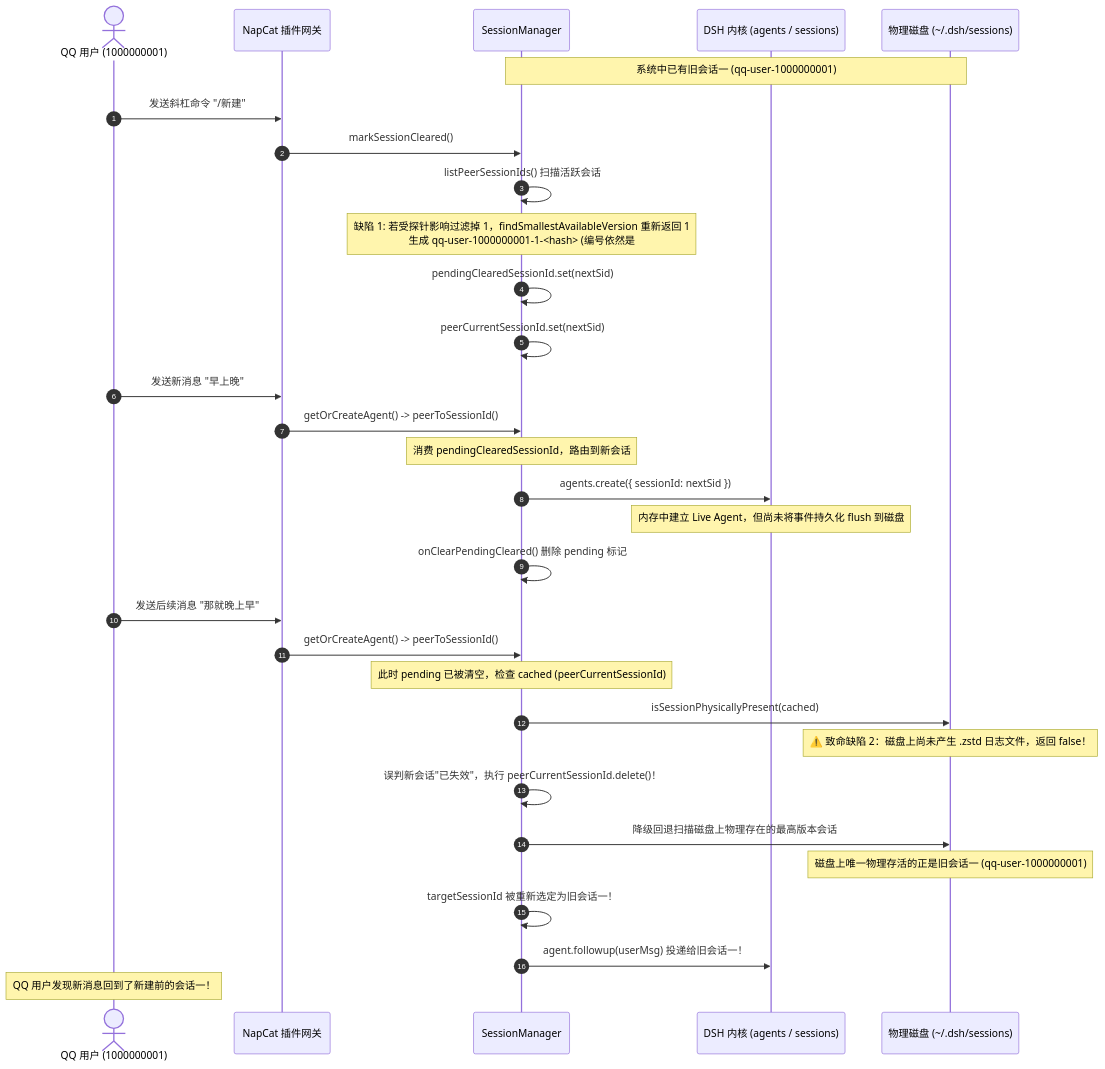
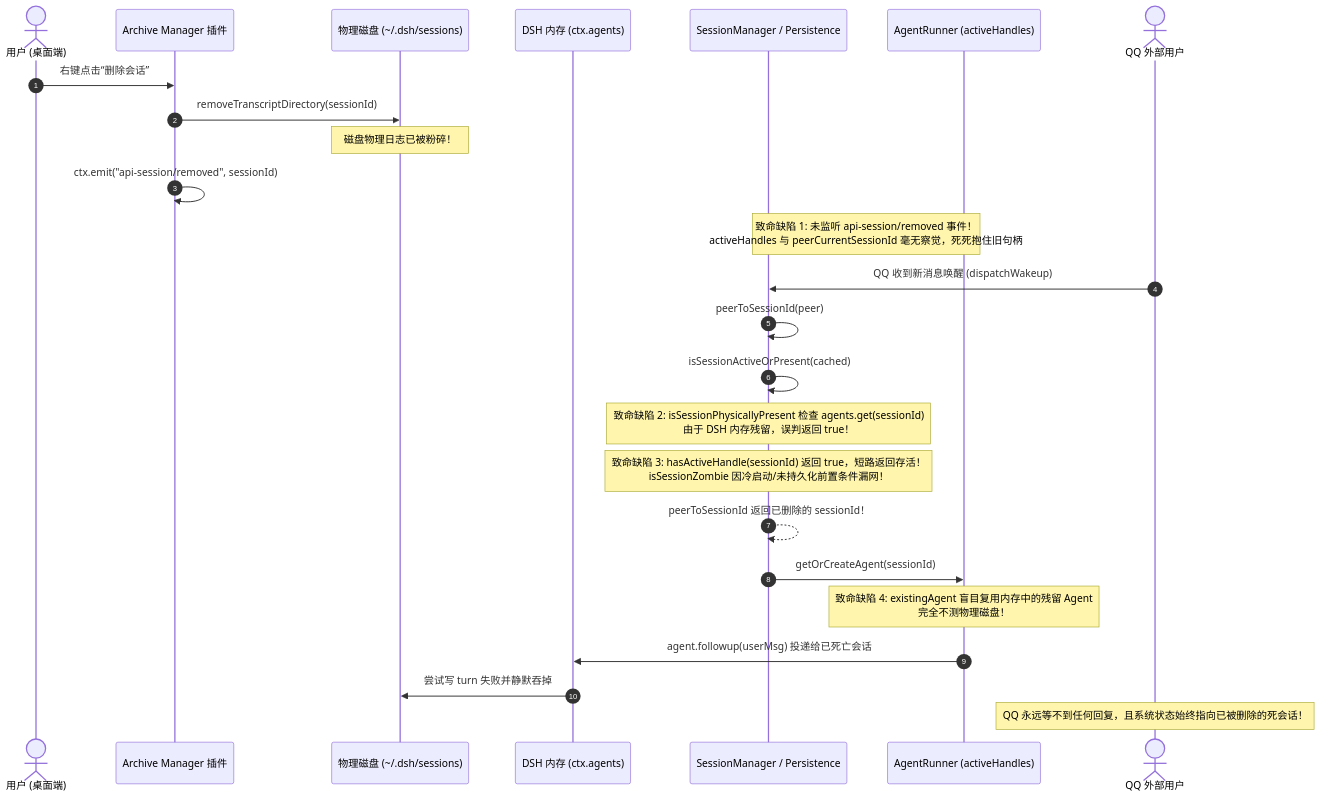
The first of 2 diagrams in devlog/根因分析-QQ新建会话后重复编号与消息回退旧会话_261022.md (Jiangsubei/dsh-napcat-bridge), drawn with Mermaid before and after one commit. The commit also changed other lines of this file and 4 other files, not shown here.

````diff
--- a/devlog/根因分析-QQ新建会话后重复编号与消息回退旧会话_261022.md
+++ b/devlog/根因分析-QQ新建会话后重复编号与消息回退旧会话_261022.md
@@ -25,37 +80,30 @@
 ```mermaid
 sequenceDiagram
     autonumber
-    actor User as QQ 用户 (1000000001)
-    participant GW as NapCat 插件网关
-    participant SM as SessionManager
-    participant DSH as DSH 内核 (agents / sessions)
+    actor User as 用户 (桌面端)
+    participant AM as Archive Manager 插件
     participant Disk as 物理磁盘 (~/.dsh/sessions)
+    participant DSH as DSH 内存 (ctx.agents)
+    participant SM as SessionManager / Persistence
+    participant AR as AgentRunner (activeHandles)
+    actor QQ as QQ 外部用户
 
-    Note over SM,Disk: 系统中已有旧会话一 (qq-user-1000000001)
+    User->>AM: 右键点击“删除会话”
+    AM->>Disk: removeTranscriptDirectory(sessionId)
+    Note over Disk: 磁盘物理日志已被粉碎！
+    AM->>AM: ctx.emit("api-session/removed", sessionId)
+    Note over SM,AR: 致命缺陷 1: 未监听 api-session/removed 事件！<br/>activeHandles 与 peerCurrentSessionId 毫无察觉，死死抱住旧句柄
 
-    User->>GW: 发送斜杠命令 "/新建"
-    GW->>SM: markSessionCleared()
-    SM->>SM: listPeerSessionIds() 扫描活跃会话
-    Note over SM: 缺陷 1: 若受探针影响过滤掉 1，findSmallestAvailableVersion 重新返回 1<br/>生成 qq-user-1000000001-1-<hash> (编号依然是 #1)
-    SM->>SM: pendingClearedSessionId.set(nextSid)
-    SM->>SM: peerCurrentSessionId.set(nextSid)
+    QQ->>SM: QQ 收到新消息唤醒 (dispatchWakeup)
+    SM->>SM: peerToSessionId(peer)
+    SM->>SM: isSessionActiveOrPresent(cached)
+    Note over SM: 致命缺陷 2: isSessionPhysicallyPresent 检查 agents.get(sessionId)<br/>由于 DSH 内存残留，误判返回 true！
+    Note over SM: 致命缺陷 3: hasActiveHandle(sessionId) 返回 true，短路返回存活！<br/>isSessionZombie 因冷启动/未持久化前置条件漏网！
+    SM-->>SM: peerToSessionId 返回已删除的 sessionId！
 
-    User->>GW: 发送新消息 "早上晚"
-    GW->>SM: getOrCreateAgent() -> peerToSessionId()
-    Note over SM: 消费 pendingClearedSessionId，路由到新会话
-    SM->>DSH: agents.create({ sessionId: nextSid })
-    Note over DSH: 内存中建立 Live Agent，但尚未将事件持久化 flush 到磁盘
-    SM->>SM: onClearPendingCleared() 删除 pending 标记
-
-    User->>GW: 发送后续消息 "那就晚上早"
-    GW->>SM: getOrCreateAgent() -> peerToSessionId()
-    Note over SM: 此时 pending 已被清空，检查 cached (peerCurrentSessionId)
-    SM->>Disk: isSessionPhysicallyPresent(cached)
-    Note over Disk: ⚠️ 致命缺陷 2：磁盘上尚未产生 .zstd 日志文件，返回 false！
-    SM->>SM: 误判新会话"已失效"，执行 peerCurrentSessionId.delete()！
-    SM->>Disk: 降级回退扫描磁盘上物理存在的最高版本会话
-    Note over Disk: 磁盘上唯一物理存活的正是旧会话一 (qq-user-1000000001)
-    SM->>SM: targetSessionId 被重新选定为旧会话一！
-    SM->>DSH: agent.followup(userMsg) 投递给旧会话一！
-    Note over User: QQ 用户发现新消息回到了新建前的会话一！
+    SM->>AR: getOrCreateAgent(sessionId)
+    Note over AR: 致命缺陷 4: existingAgent 盲目复用内存中的残留 Agent<br/>完全不测物理磁盘！
+    AR->>DSH: agent.followup(userMsg) 投递给已死亡会话
+    DSH->>Disk: 尝试写 turn 失败并静默吞掉
+    Note over QQ: QQ 永远等不到任何回复，且系统状态始终指向已被删除的死会话！
 ```
````
